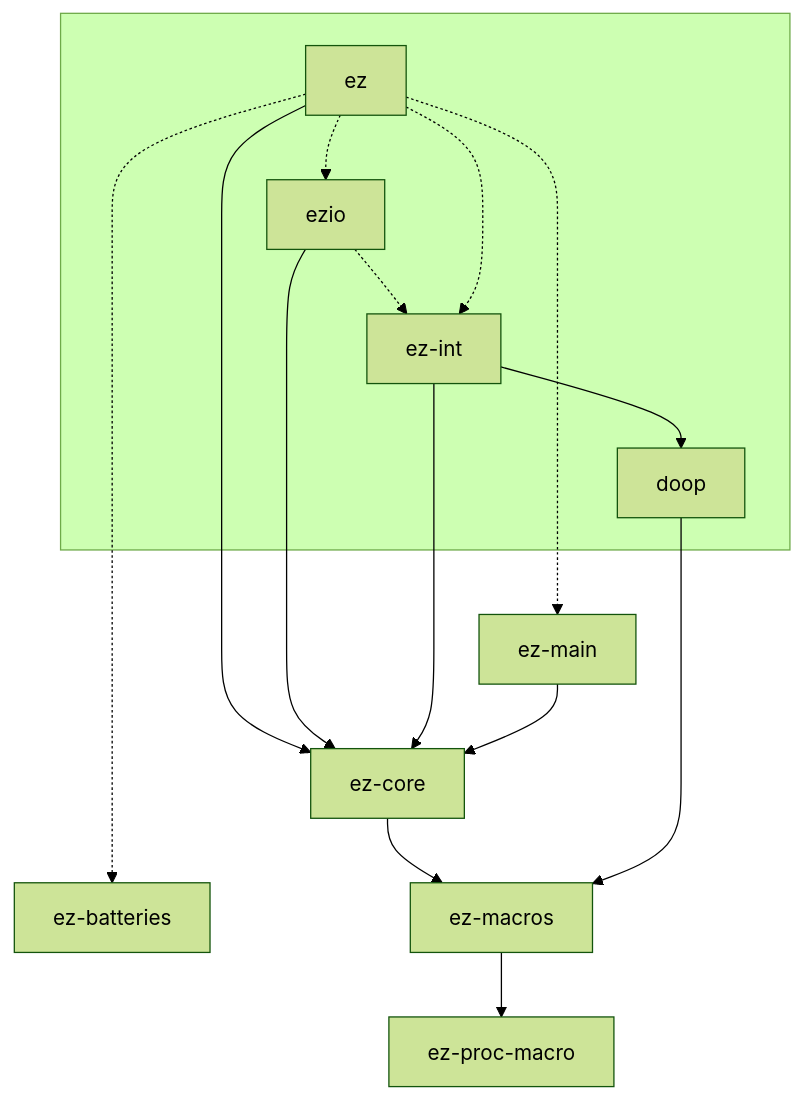
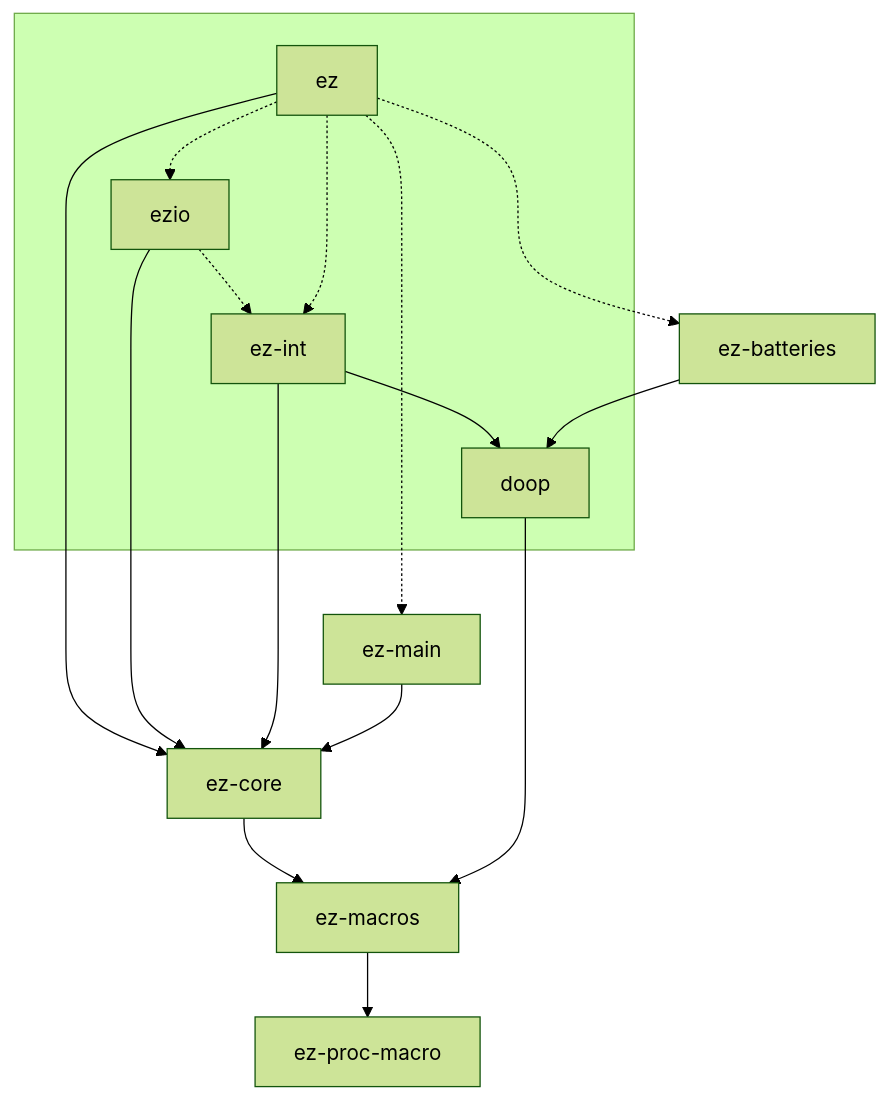
The diagram in CONTRIBUTING.md (jeremyBanks/ez), drawn with Mermaid (forest theme) before and after one commit. The commit also changed 12 other files, not shown here.

````diff
--- a/CONTRIBUTING.md
+++ b/CONTRIBUTING.md
@@ -5,23 +5,24 @@
 ```mermaid
 graph TD;
   subgraph public[" "]
     ez
     ez-int
     ezio
     doop
   end
 
   ezio -.-> ez-int
   ez ---> ez-core
   ez -.-> ez-int
   ez -.-> ezio
-  ez -......-> ez-batteries
+  ez -..-> ez-batteries
   ezio --> ez-core
   ez-core --> ez-macros
   ez -....-> ez-main
   ez-int --> doop
   ez-int --> ez-core
   ez-main --> ez-core
   ez-macros --> ez-proc-macro
   doop --> ez-macros
+  ez-batteries --> doop
 ```
````
